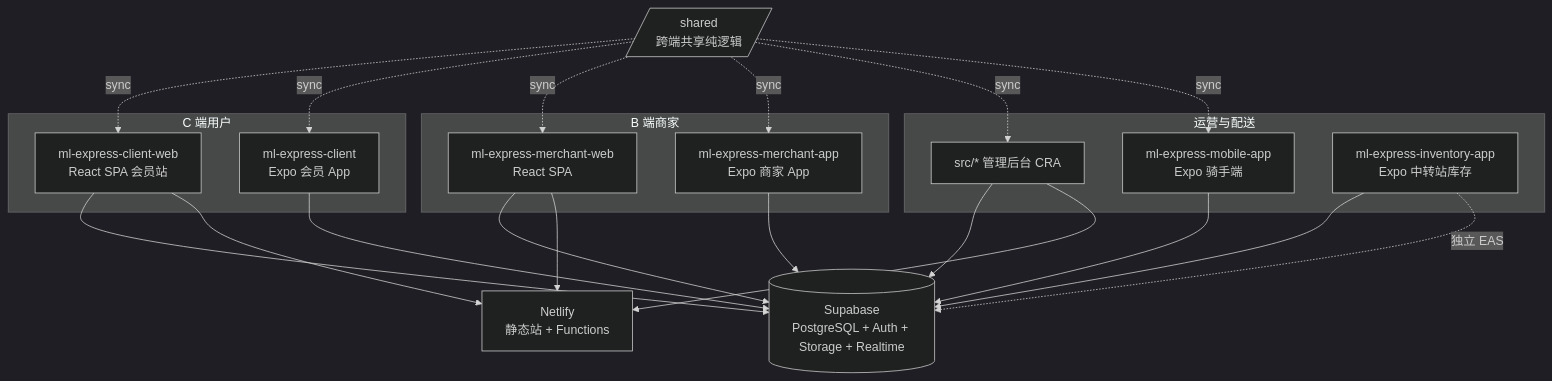
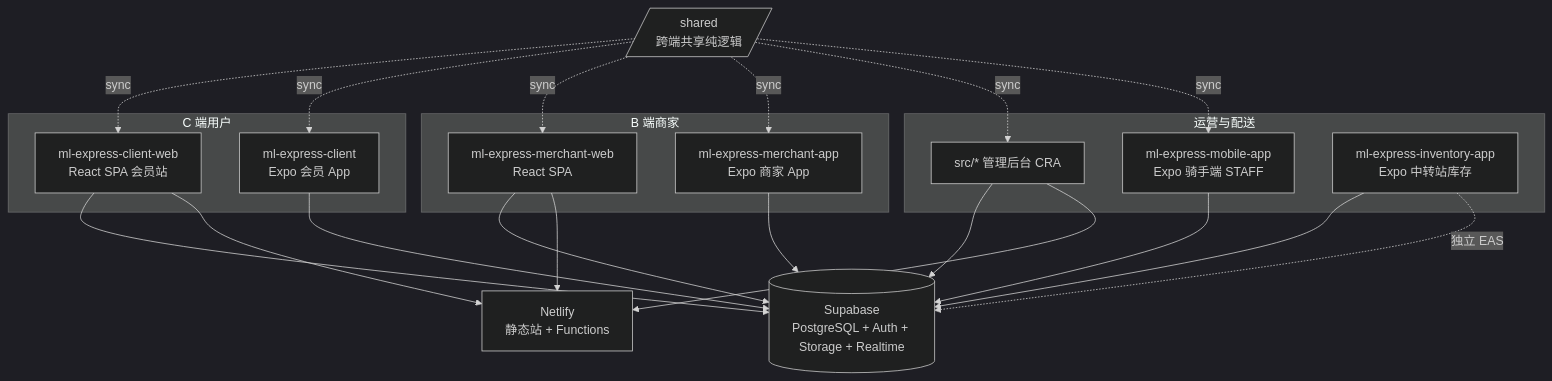
The first of 2 diagrams in AI_GUIDE.md (huangdelun16-lgtm/ml-express), drawn with Mermaid (dark theme) before and after one commit. The commit also changed other lines of this file and 34 other files, not shown here.

````diff
--- a/AI_GUIDE.md
+++ b/AI_GUIDE.md
@@ -33,36 +36,36 @@
 ```mermaid
 flowchart TB
   subgraph clients [C 端用户]
     CW[ml-express-client-web\nReact SPA 会员站]
     CA[ml-express-client\nExpo 会员 App]
   end
   subgraph merchants [B 端商家]
     MW[ml-express-merchant-web\nReact SPA]
     MA[ml-express-merchant-app\nExpo 商家 App]
   end
   subgraph ops [运营与配送]
     ADM[src/* 管理后台 CRA]
-    RIDER[ml-express-mobile-app\nExpo 骑手端]
+    RIDER[ml-express-mobile-app\nExpo 骑手端 STAFF]
     INV[ml-express-inventory-app\nExpo 中转站库存]
   end
   SH[/shared\n跨端共享纯逻辑/]
   SB[(Supabase\nPostgreSQL + Auth + Storage + Realtime)]
   NF[Netlify\n静态站 + Functions]
   CW --> SB
   CA --> SB
   MW --> SB
   MA --> SB
   ADM --> SB
   RIDER --> SB
   INV --> SB
   SH -. sync .-> CW
   SH -. sync .-> CA
   SH -. sync .-> MW
   SH -. sync .-> MA
   SH -. sync .-> ADM
   SH -. sync .-> RIDER
   CW --> NF
   MW --> NF
   ADM --> NF
   INV -. 独立 EAS .-> SB
 ```
````
